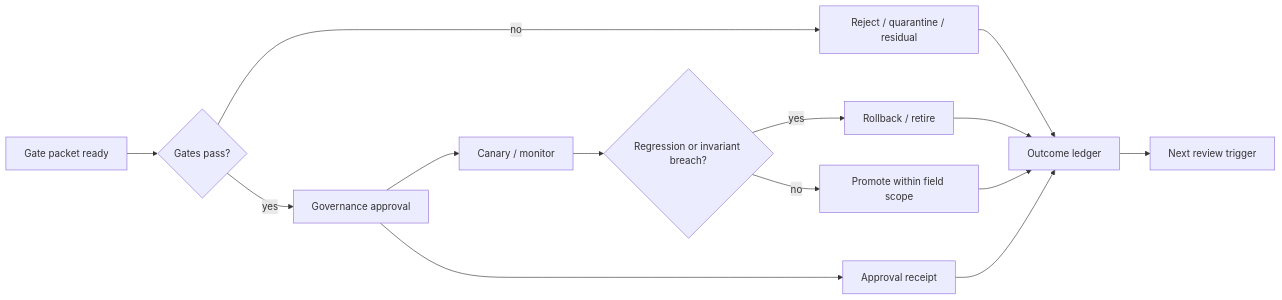
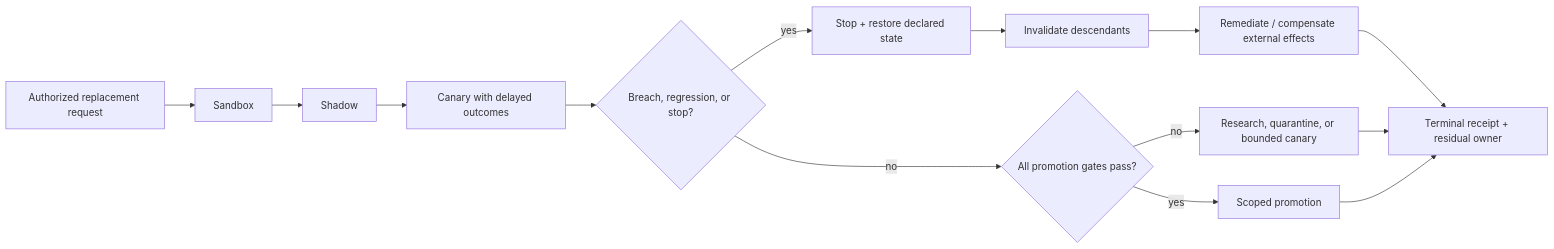
One commit to corbensorenson/asi-stack-book changed the second of 2 diagrams in chapters/recursive-self-improvement-boundaries.qmd. Above: the diagram before and after it, drawn with Mermaid. The commit also changed other lines of this file and 723 other files, not shown here.

````diff
--- a/chapters/recursive-self-improvement-boundaries.qmd
+++ b/chapters/recursive-self-improvement-boundaries.qmd
@@ -147,16 +234,16 @@
 ```{mermaid}
 flowchart LR
-  A2["Gate packet ready"] --> B2{"Gates pass?"}
-  B2 -- "no" --> C2["Reject / quarantine / residual"]
-  B2 -- "yes" --> D2["Governance approval"]
-  D2 --> E2["Approval receipt"]
-  D2 --> F2["Canary / monitor"]
-  F2 --> G2{"Regression or invariant breach?"}
-  G2 -- "yes" --> H2["Rollback / retire"]
-  G2 -- "no" --> I2["Promote within field scope"]
-  C2 --> J2["Outcome ledger"]
-  H2 --> J2
-  I2 --> J2
-  E2 --> J2
-  J2 --> K2["Next review trigger"]
+  A2["Authorized replacement request"] --> B2["Sandbox"]
+  B2 --> C2["Shadow"]
+  C2 --> D2["Canary with delayed outcomes"]
+  D2 --> E2{"Breach, regression, or stop?"}
+  E2 -- "yes" --> F2["Stop + restore declared state"]
+  F2 --> G2["Invalidate descendants"]
+  G2 --> H2["Remediate / compensate external effects"]
+  E2 -- "no" --> I2{"All promotion gates pass?"}
+  I2 -- "no" --> J2["Research, quarantine, or bounded canary"]
+  I2 -- "yes" --> K2["Scoped promotion"]
+  H2 --> L2["Terminal receipt + residual owner"]
+  J2 --> L2
+  K2 --> L2
 ```
````
